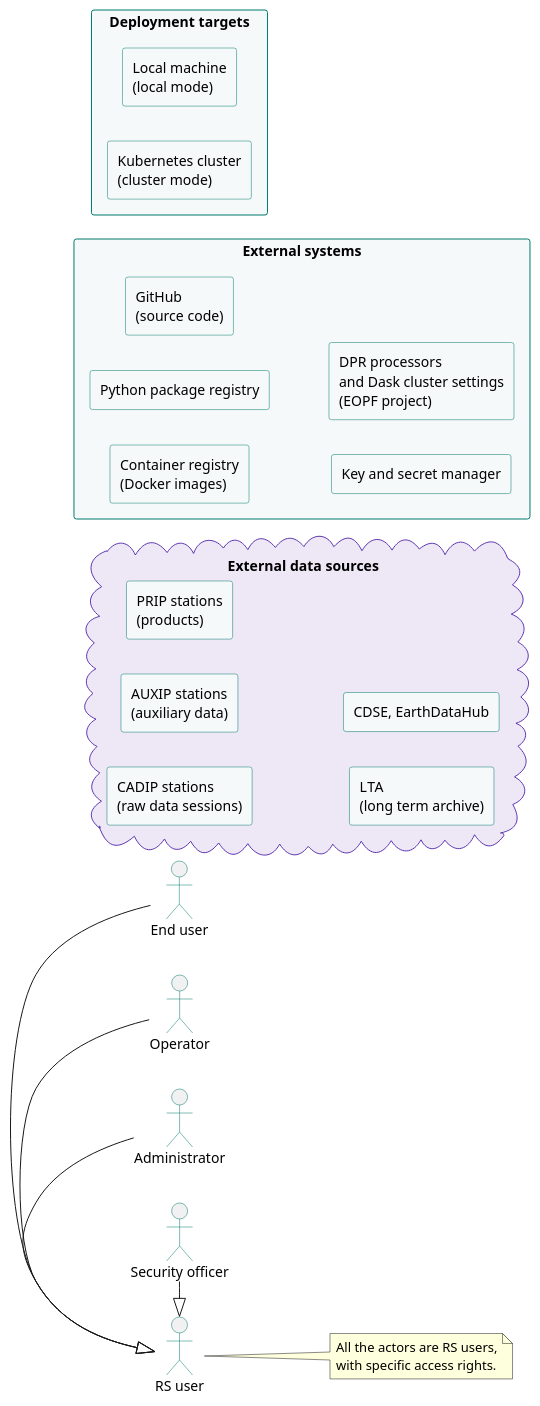
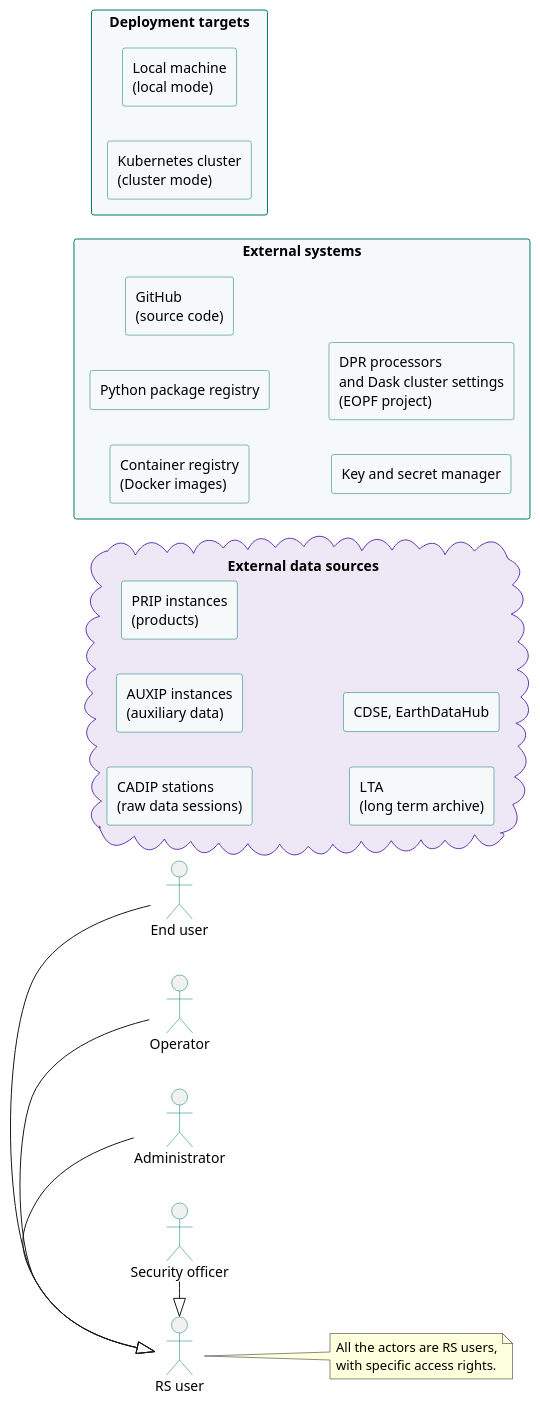
One commit to RS-PYTHON/rs-documentation changed the diagram in docs/uml/use-cases-actors.plantuml. Above: the diagram before and after it, drawn with PlantUML. The commit also changed 7 other files, not shown here.

First line of the commit message:
doc: add the OData PRIP interface of the catalog, call AUXIP and PRIP instances

```diff
--- a/docs/uml/use-cases-actors.plantuml
+++ b/docs/uml/use-cases-actors.plantuml
@@ -15,56 +15,56 @@
 @startuml use-cases-actors
 skinparam shadowing false
 skinparam defaultFontName Arial
 skinparam usecase {
   BackgroundColor #E0F2F1
   BorderColor #00796B
 }
 skinparam rectangle {
   BackgroundColor #F5F9FA
   BorderColor #00796B
 }
 skinparam actor {
   BorderColor #00796B
 }
 skinparam database {
   BackgroundColor #FFF8E1
   BorderColor #F9A825
 }
 skinparam cloud {
   BackgroundColor #EDE7F6
   BorderColor #5E35B1
 }
 left to right direction
 actor "RS user" as user
 actor "End user" as enduser
 actor "Operator" as operator
 actor "Administrator" as admin
 actor "Security officer" as security
 enduser -|> user
 operator -|> user
 admin -|> user
 security -|> user
 note right of user
   All the actors are RS users,
   with specific access rights.
 end note
 
 cloud "External data sources" as eds {
   rectangle "CADIP stations\n(raw data sessions)" as cadip
-  rectangle "AUXIP stations\n(auxiliary data)" as auxip
-  rectangle "PRIP stations\n(products)" as prip
+  rectangle "AUXIP instances\n(auxiliary data)" as auxip
+  rectangle "PRIP instances\n(products)" as prip
   rectangle "LTA\n(long term archive)" as lta
   rectangle "CDSE, EarthDataHub" as cdse
 }
 rectangle "External systems" {
   rectangle "Container registry\n(Docker images)" as registry
   rectangle "Python package registry" as pypi
   rectangle "GitHub\n(source code)" as github
   rectangle "Key and secret manager" as vault
   rectangle "DPR processors\nand Dask cluster settings\n(EOPF project)" as dpr
 }
 rectangle "Deployment targets" {
   rectangle "Local machine\n(local mode)" as local
   rectangle "Kubernetes cluster\n(cluster mode)" as cluster
 }
 @enduml
```
